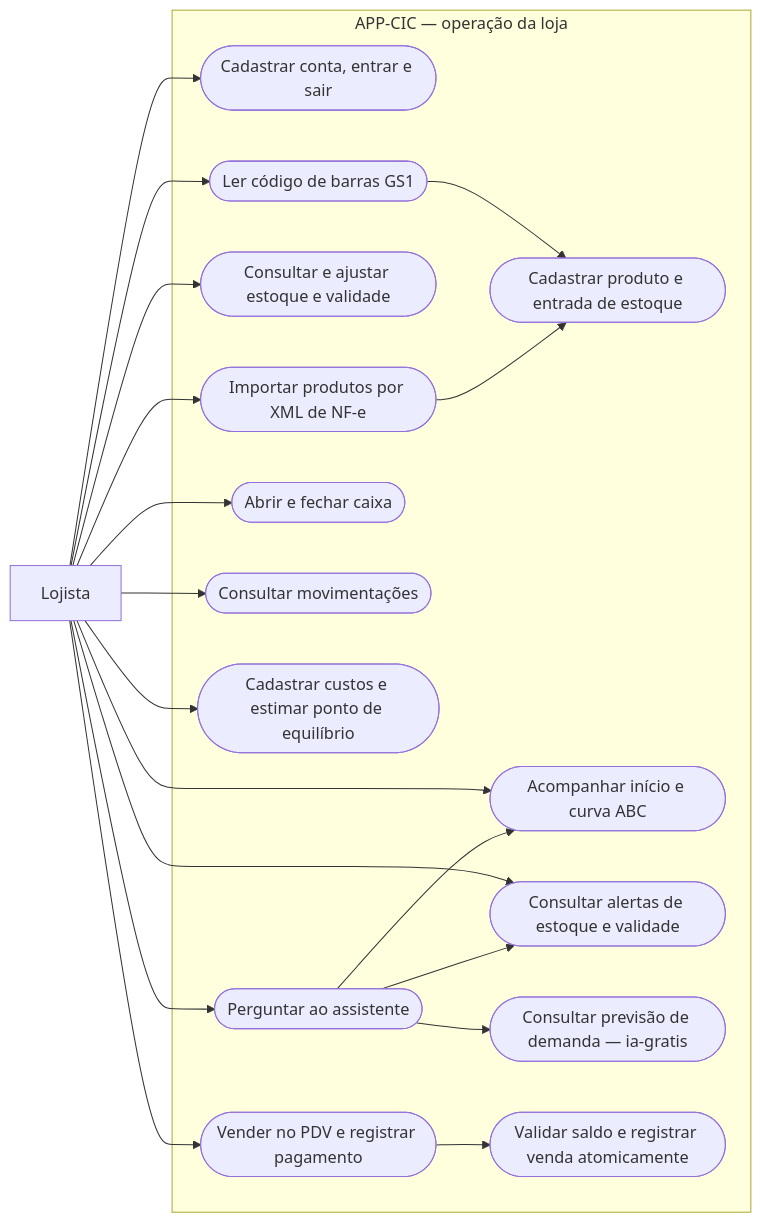
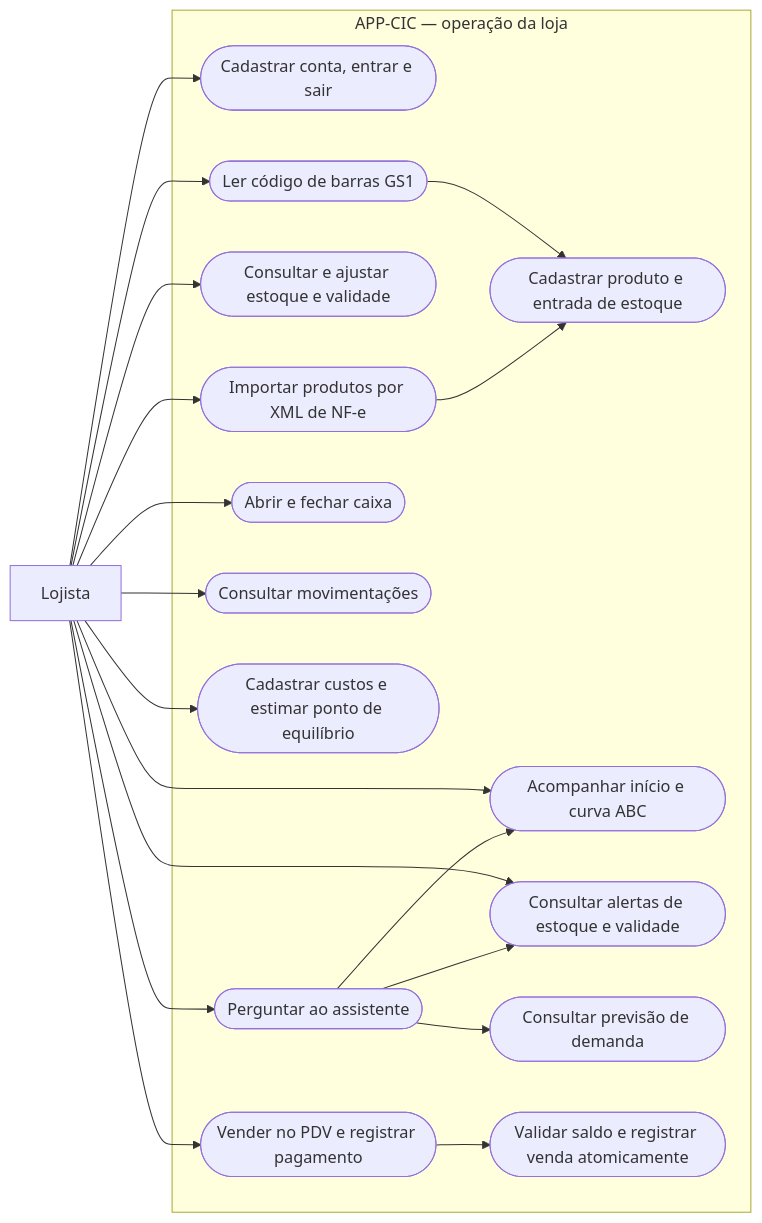
The diagram in docs/arquitetura/casos-de-uso.md (yago-silva-ads/app-cic), drawn with Mermaid before and after one commit. The commit also changed other lines of this file and 6 other files, not shown here.

````diff
--- a/docs/arquitetura/casos-de-uso.md
+++ b/docs/arquitetura/casos-de-uso.md
@@ -5,37 +5,37 @@
 ```mermaid
 flowchart LR
     L["Lojista"]
     subgraph CIC["APP-CIC — operação da loja"]
         A(["Cadastrar conta, entrar e sair"])
         B(["Ler código de barras GS1"])
         C(["Cadastrar produto e entrada de estoque"])
         D(["Consultar e ajustar estoque e validade"])
         E(["Vender no PDV e registrar pagamento"])
         F(["Abrir e fechar caixa"])
         G(["Consultar movimentações"])
         H(["Acompanhar início e curva ABC"])
         I(["Consultar alertas de estoque e validade"])
         J(["Cadastrar custos e estimar ponto de equilíbrio"])
         K(["Perguntar ao assistente"])
         M(["Importar produtos por XML de NF-e"])
-        P(["Consultar previsão de demanda — ia-gratis"])
+        P(["Consultar previsão de demanda"])
         V(["Validar saldo e registrar venda atomicamente"])
     end
     L --> A
     L --> B
     L --> D
     L --> E
     L --> F
     L --> G
     L --> H
     L --> I
     L --> J
     L --> K
     L --> M
     B --> C
     M --> C
     E --> V
     K --> P
     K --> H
     K --> I
 ```
````
